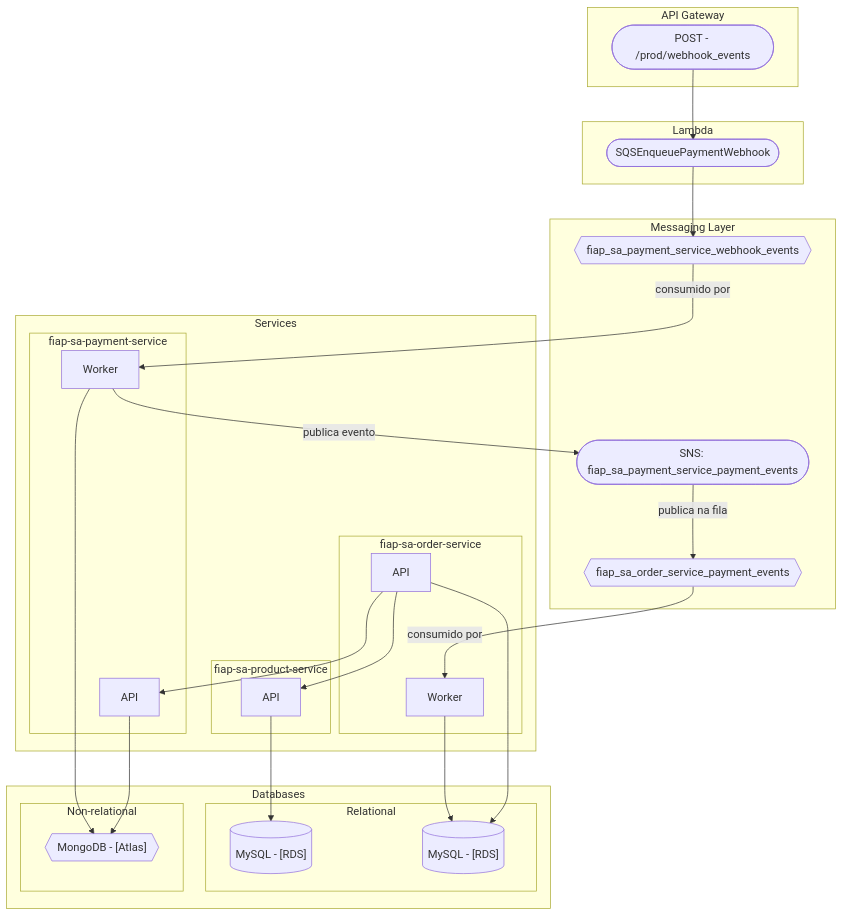
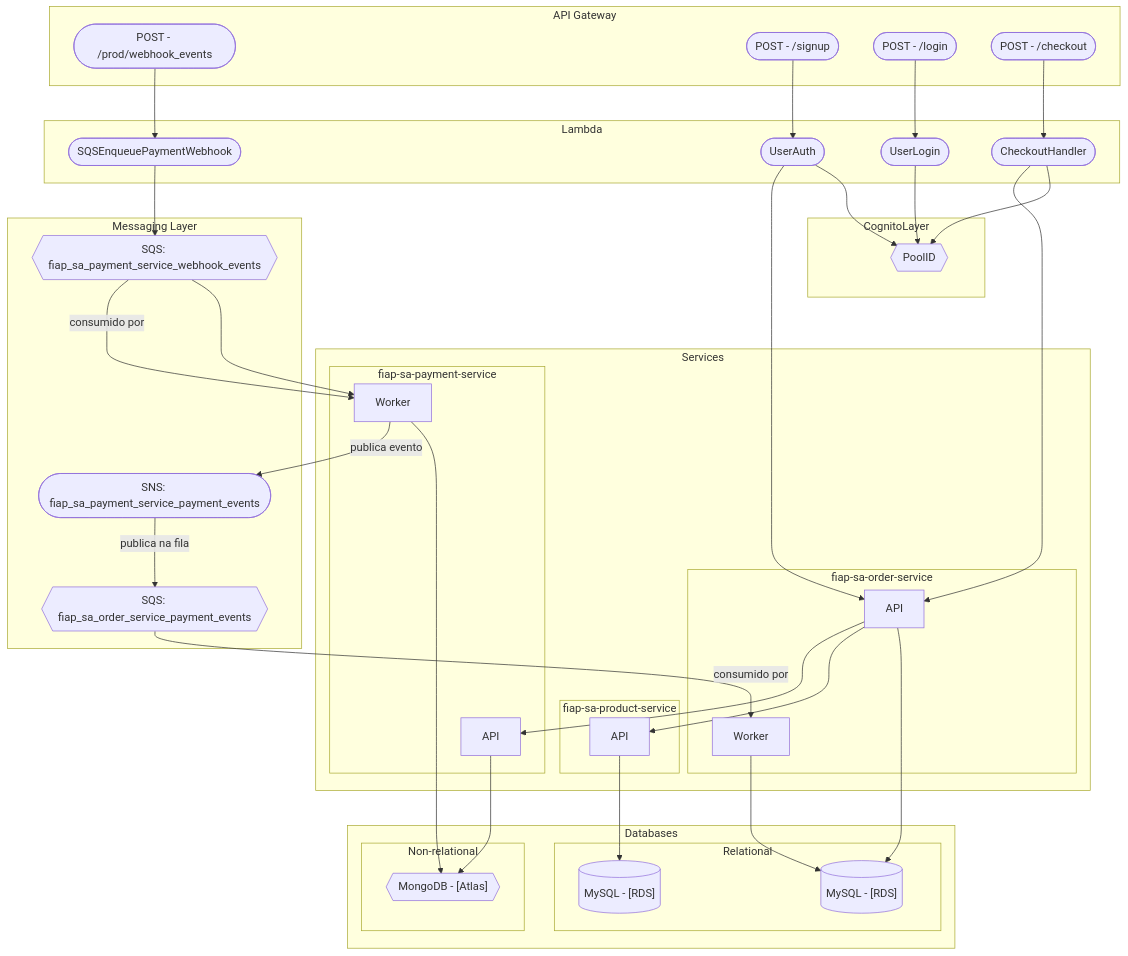
One commit to KauanCarvalho/fiap-sa-infra changed the diagram in README.md. Above: the diagram before and after it, drawn with Mermaid. The commit also changed other lines of this file, not shown here.

Commit message:
feat: adds serverless layer (#15)

````diff
--- a/README.md
+++ b/README.md
@@ -7,57 +7,76 @@
 ```mermaid
 flowchart TD
   subgraph API_Gateway["API Gateway"]
     POST_Webhook(["POST - /prod/webhook_events"])
+    POST_SignUp(["POST - /signup"])
+    POST_Login(["POST - /login"])
+    POST_Checkout(["POST - /checkout"])
   end
 
   subgraph Lambda["Lambda"]
     SQSEnqueuePaymentWebhook(["SQSEnqueuePaymentWebhook"])
+    UserAuth(["UserAuth"])
+    UserLogin(["UserLogin"])
+    CheckoutHandler(["CheckoutHandler"])
   end
 
   subgraph Databases["Databases"]
     subgraph Relational["Relational"]
         MySQL_Product[("MySQL - [RDS]")]
         MySQL_Order[("MySQL - [RDS]")]
     end
 
     subgraph Non_relational["Non-relational"]
         MongoDB_Payment{{"MongoDB - [Atlas]"}}
     end
   end
 
   subgraph Messaging_Layer["Messaging Layer"]
-    SQS_Payment{{"fiap_sa_payment_service_webhook_events"}}
-    SQS_Order{{"fiap_sa_order_service_payment_events"}}
+    SQS_Payment{{"SQS: fiap_sa_payment_service_webhook_events"}}
+    SQS_Order{{"SQS: fiap_sa_order_service_payment_events"}}
     SNS_Payment(["SNS: fiap_sa_payment_service_payment_events"])
+  end
+
+  subgraph CognitoLayer["CognitoLayer"]
+    Cognito{{PoolID}}
   end
 
   subgraph Services["Services"]
     subgraph Payment["fiap-sa-payment-service"]
       Payment_Worker["Worker"]
       Payment_API["API"]
     end
 
     subgraph Product["fiap-sa-product-service"]
       Product_Service["API"]
     end
 
     subgraph Order["fiap-sa-order-service"]
       Order_Worker["Worker"]
       Order_API["API"]
     end
   end
 
   POST_Webhook --> SQSEnqueuePaymentWebhook
   SQSEnqueuePaymentWebhook --> SQS_Payment
+  SQS_Payment --> Payment_Worker
+  POST_SignUp --> UserAuth
+  UserAuth --> Cognito
+  UserAuth --> Order_API
+  POST_Login --> UserLogin
+  UserLogin --> Cognito
+  POST_Checkout --> CheckoutHandler
+  CheckoutHandler --> Cognito
+  CheckoutHandler --> Order_API
   Payment_Worker --> MongoDB_Payment
   Payment_API --> MongoDB_Payment
   Product_Service --> MySQL_Product
   Order_Worker --> MySQL_Order
   Order_API --> MySQL_Order
   Order_API --> Product_Service
   Order_API --> Payment_API
   Payment_Worker -- publica evento --> SNS_Payment
   SNS_Payment -- publica na fila --> SQS_Order
   SQS_Order -- consumido por --> Order_Worker
   SQS_Payment -- consumido por --> Payment_Worker
 ```
````
